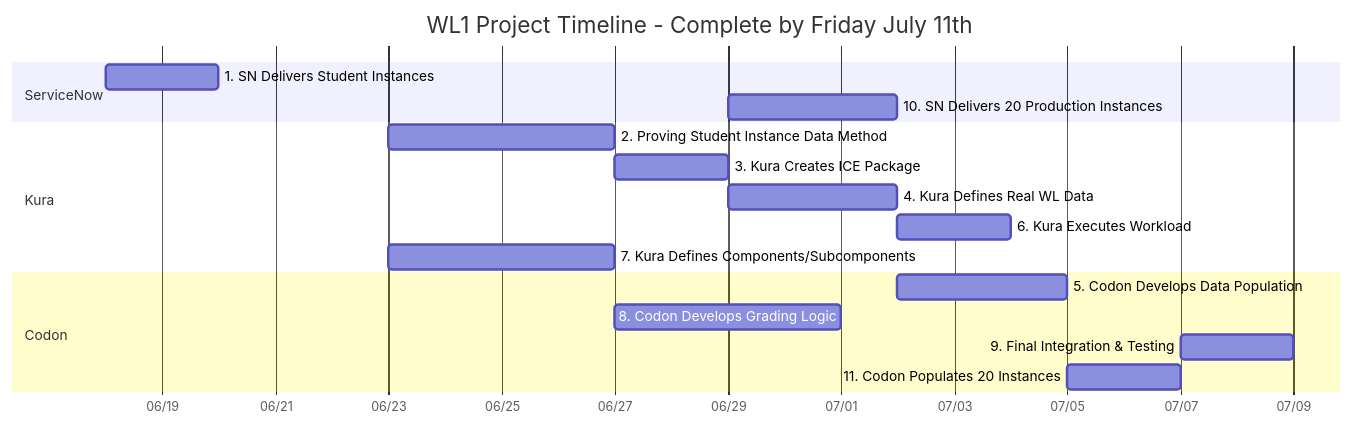
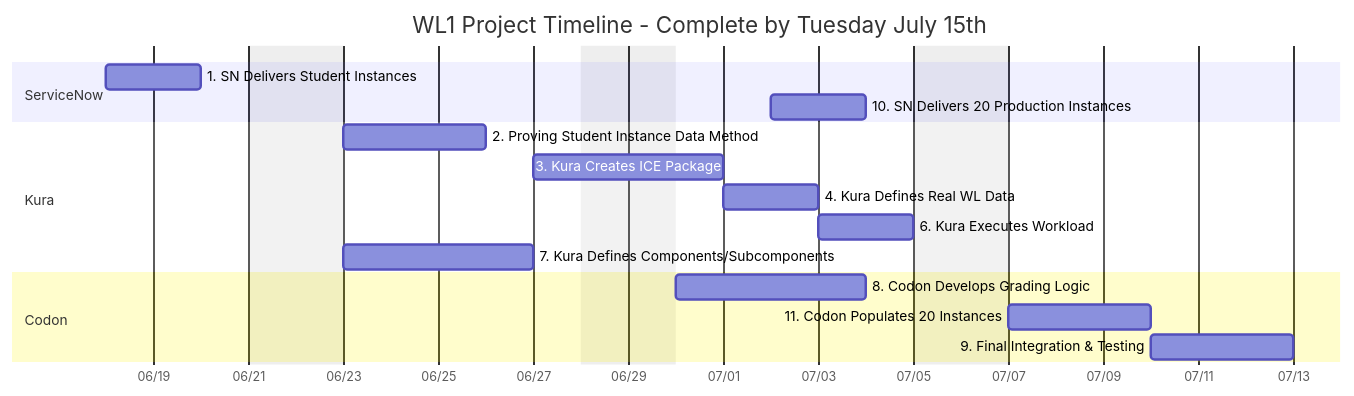
Before and after one commit to elmorenox/wl1_mermaid: the diagram in readme.md, drawn with Mermaid. The commit also changed other lines of this file, not shown here.

````diff
--- a/readme.md
+++ b/readme.md
@@ -5,23 +5,23 @@
 ```mermaid
 gantt
-    title WL1 Project Timeline - Complete by Friday July 11th
+    title WL1 Project Timeline - Complete by Tuesday July 15th
     dateFormat YYYY-MM-DD
     axisFormat %m/%d
+    excludes weekends
     
     section ServiceNow
     1. SN Delivers Student Instances      :sn1, 2025-06-18, 2025-06-20
-    10. SN Delivers 20 Production Instances :sn10, after k3, 3d
+    10. SN Delivers 20 Production Instances :sn10, 2025-07-02, 2025-07-04
     
     section Kura
-    2. Proving Student Instance Data Method :k2, 2025-06-23, 2025-06-27
-    3. Kura Creates ICE Package           :k3, after k2, 2d
-    4. Kura Defines Real WL Data          :k4, after k3, 3d
-    6. Kura Executes Workload             :k6, after k4, 2d
+    2. Proving Student Instance Data Method :k2, 2025-06-23, 2025-06-26
+    3. Kura Creates ICE Package           :k3, 2025-06-27, 2025-07-01
+    4. Kura Defines Real WL Data          :k4, 2025-07-01, 2025-07-03
+    6. Kura Executes Workload             :k6, 2025-07-03, 2025-07-05
     7. Kura Defines Components/Subcomponents :k7, 2025-06-23, 2025-06-27
     
     section Codon
-    5. Codon Develops Data Population     :c5, after k4, 3d
-    8. Codon Develops Grading Logic       :c8, after k7, 4d
-    9. Final Integration & Testing        :c9, after c11 c8 k6, 2d
-    11. Codon Populates 20 Instances      :c11, after c5, 2d
+    8. Codon Develops Grading Logic       :c8, 2025-06-30, 2025-07-04
+    11. Codon Populates 20 Instances      :c11, 2025-07-07, 2025-07-10
+    9. Final Integration & Testing        :c9, 2025-07-10, 2025-07-13
 ```
````
